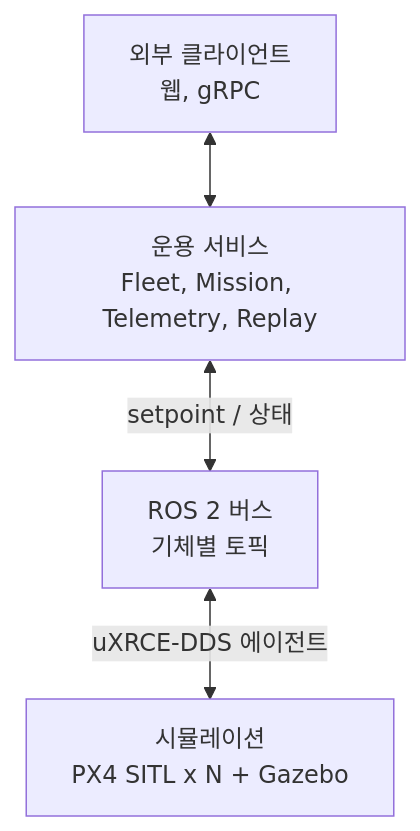
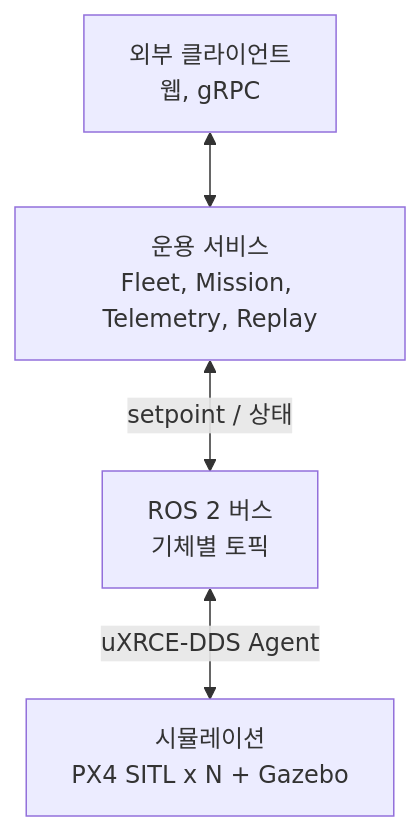
Before and after one commit to danielhongwoo/idsim: the first of 8 diagrams in docs/architecture.md, drawn with Mermaid. The commit also changed other lines of this file and 2 other files, not shown here.

````diff
--- a/docs/architecture.md
+++ b/docs/architecture.md
@@ -28,10 +28,10 @@
 ```mermaid
 flowchart TB
   OPS["운용 서비스<br/>Fleet, Mission, Telemetry, Replay"]
   BUS["ROS 2 버스<br/>기체별 토픽"]
   SIM["시뮬레이션<br/>PX4 SITL x N + Gazebo"]
   EXT["외부 클라이언트<br/>웹, gRPC"]
   EXT <--> OPS
   OPS <-->|"setpoint / 상태"| BUS
-  BUS <-->|"uXRCE-DDS 에이전트"| SIM
+  BUS <-->|"uXRCE-DDS Agent"| SIM
 ```
````
